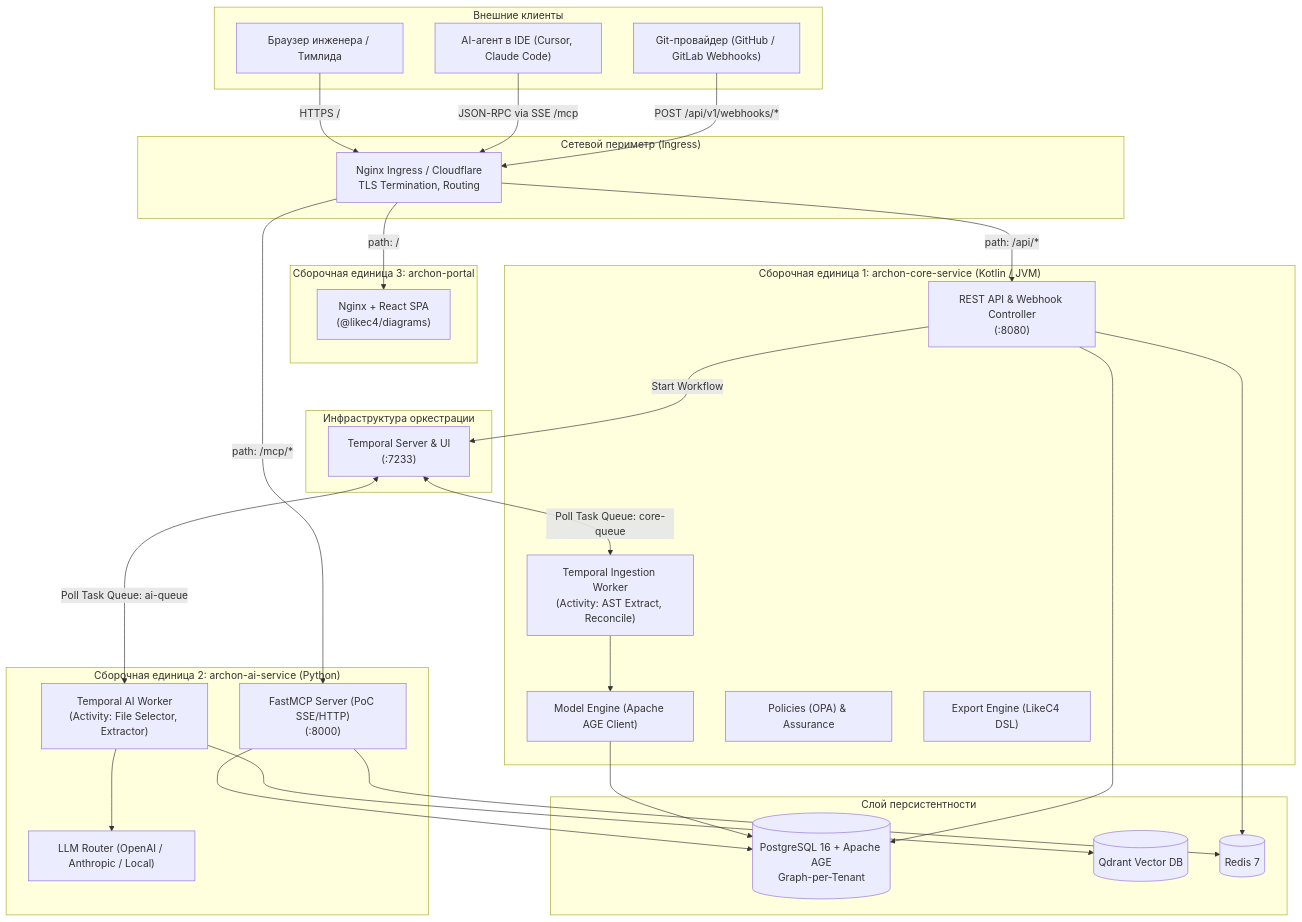
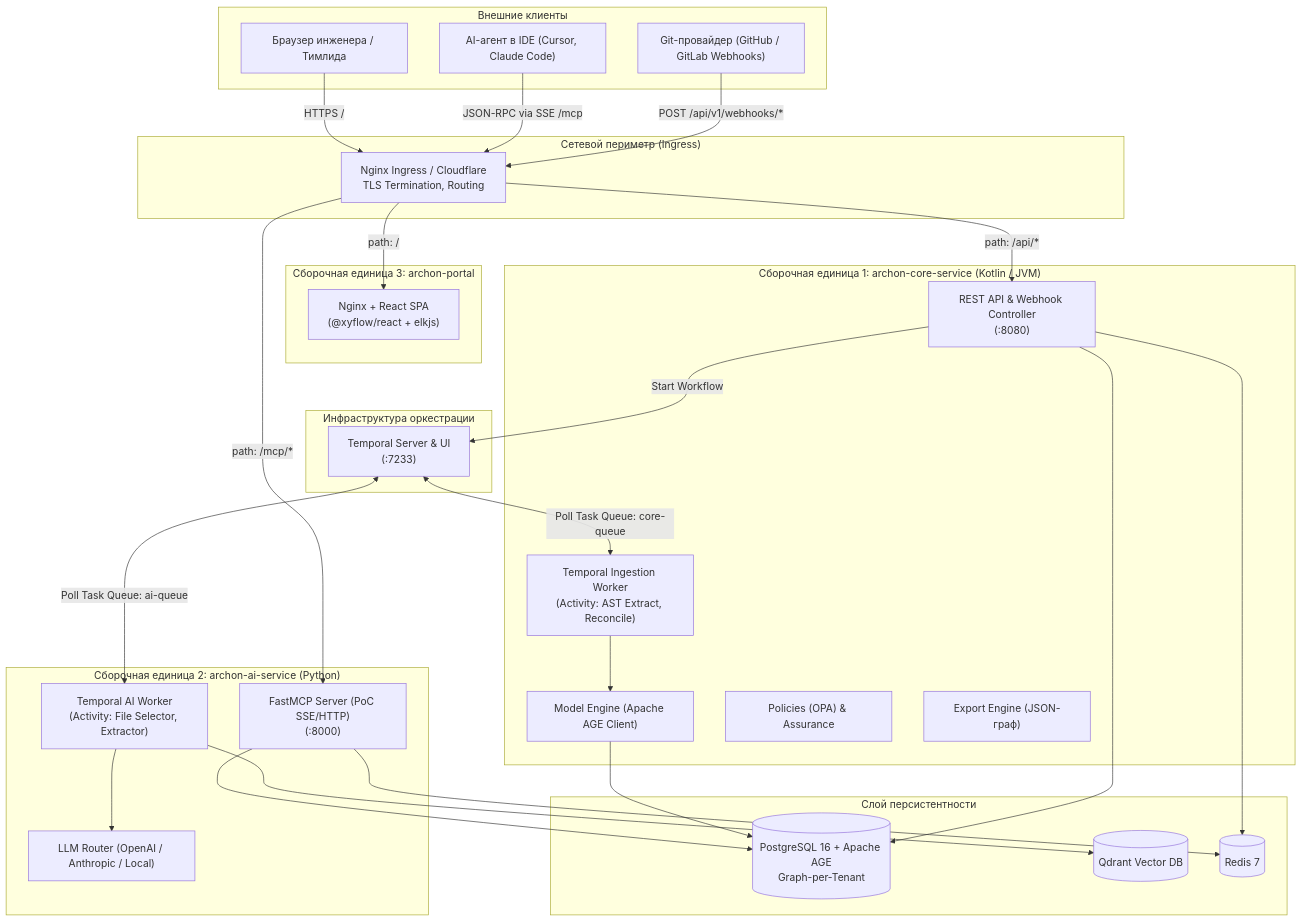
Before and after one commit to teamv39/archon: the first of 2 diagrams in docs/architecture/deployment.md, drawn with Mermaid. The commit also changed other lines of this file and 28 other files, not shown here.

First line of the commit message:
ARCH-57: xyflow полностью заменяет LikeC4 (ADR-0008)

````diff
--- a/docs/architecture/deployment.md
+++ b/docs/architecture/deployment.md
@@ -47,62 +47,62 @@
 ```mermaid
 flowchart TB
     subgraph CLIENTS ["Внешние клиенты"]
         Browser["Браузер инженера / Тимлида"]
         AIAgent["AI-агент в IDE (Cursor, Claude Code)"]
         GitProvider["Git-провайдер (GitHub / GitLab Webhooks)"]
     end
 
     subgraph INGRESS_LAYER ["Сетевой периметр (Ingress)"]
         Ingress["Nginx Ingress / Cloudflare<br/>TLS Termination, Routing"]
     end
 
     subgraph UNIT_PORTAL ["Сборочная единица 3: archon-portal"]
-        PortalStatic["Nginx + React SPA<br/>(@likec4/diagrams)"]
+        PortalStatic["Nginx + React SPA<br/>(@xyflow/react + elkjs)"]
     end
 
     subgraph UNIT_CORE ["Сборочная единица 1: archon-core-service (Kotlin / JVM)"]
         RestAPI["REST API & Webhook Controller<br/>(:8080)"]
         TemporalCoreWorker["Temporal Ingestion Worker<br/>(Activity: AST Extract, Reconcile)"]
         ModelEngine["Model Engine (Apache AGE Client)"]
         PolicyEngine["Policies (OPA) & Assurance"]
-        ExportEngine["Export Engine (LikeC4 DSL)"]
+        ExportEngine["Export Engine (JSON-граф)"]
     end
 
     subgraph UNIT_AI ["Сборочная единица 2: archon-ai-service (Python)"]
         TemporalAIWorker["Temporal AI Worker<br/>(Activity: File Selector, Extractor)"]
         FastMCPServer["FastMCP Server (PoC SSE/HTTP)<br/>(:8000)"]
         LLMConnector["LLM Router (OpenAI / Anthropic / Local)"]
     end
 
     subgraph ORCHESTRATION ["Инфраструктура оркестрации"]
         TemporalServer["Temporal Server & UI<br/>(:7233)"]
     end
 
     subgraph STORAGE_LAYER ["Слой персистентности"]
         PostgresAGE[("PostgreSQL 16 + Apache AGE<br/>Graph-per-Tenant")]
         QdrantDB[("Qdrant Vector DB")]
         RedisCache[("Redis 7")]
     end
 
     Browser -->|HTTPS /| Ingress
     AIAgent -->|JSON-RPC via SSE /mcp| Ingress
     GitProvider -->|POST /api/v1/webhooks/*| Ingress
 
     Ingress -->|path: / | PortalStatic
     Ingress -->|path: /api/* | RestAPI
     Ingress -->|path: /mcp/* | FastMCPServer
 
     RestAPI -->|Start Workflow| TemporalServer
     TemporalServer <-->|Poll Task Queue: core-queue| TemporalCoreWorker
     TemporalServer <-->|Poll Task Queue: ai-queue| TemporalAIWorker
 
     TemporalAIWorker --> LLMConnector
     TemporalAIWorker --> QdrantDB
 
     TemporalCoreWorker --> ModelEngine
     ModelEngine --> PostgresAGE
     RestAPI --> PostgresAGE
     RestAPI --> RedisCache
     FastMCPServer --> PostgresAGE
     FastMCPServer --> RedisCache
 ```
````
